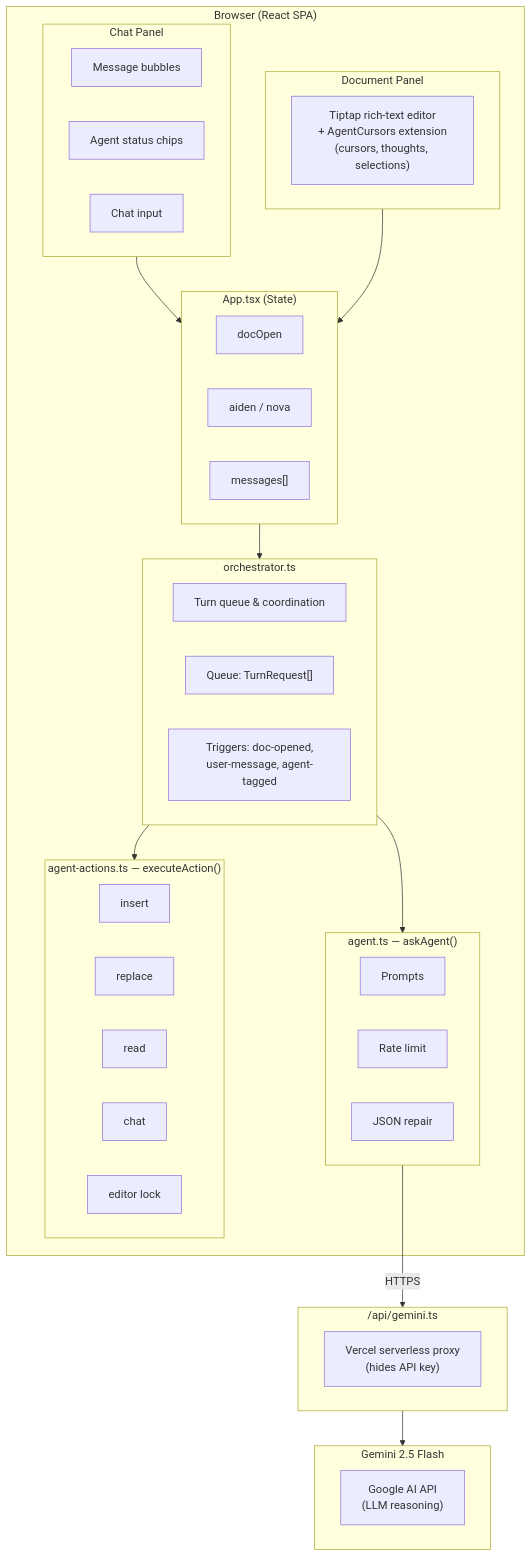
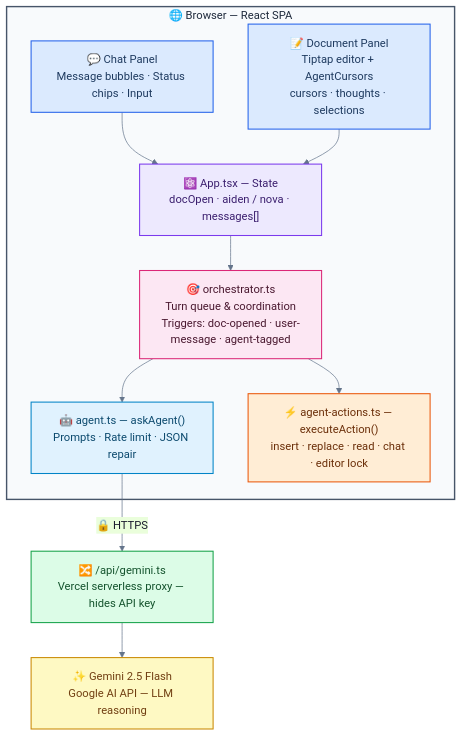
The first of 5 diagrams in README.md (n3wth/collab), drawn with Mermaid before and after one commit. The commit also changed other lines of this file and 5 other files, not shown here.

Commit message:
Beautify Mermaid diagrams with custom themes, colors, emojis, and activations

````diff
--- a/README.md
+++ b/README.md
@@ -49,59 +49,46 @@
 ```mermaid
+%%{init: {'theme': 'base', 'themeVariables': { 'primaryColor': '#dbeafe', 'primaryTextColor': '#1a1a2e', 'primaryBorderColor': '#2563eb', 'lineColor': '#64748b' }}}%%
 graph TD
-    subgraph Browser["Browser (React SPA)"]
-        subgraph ChatPanel["Chat Panel"]
-            CP1["Message bubbles"]
-            CP2["Agent status chips"]
-            CP3["Chat input"]
-        end
+    subgraph Browser["🌐 Browser — React SPA"]
+        CP["💬 Chat Panel<br/>Message bubbles · Status chips · Input"]
+        DP["📝 Document Panel<br/>Tiptap editor + AgentCursors<br/>cursors · thoughts · selections"]
 
-        subgraph DocPanel["Document Panel"]
-            DP1["Tiptap rich-text editor<br/>+ AgentCursors extension<br/>(cursors, thoughts, selections)"]
-        end
+        CP & DP --> App
 
-        ChatPanel & DocPanel --> AppState
+        App["⚛️ App.tsx — State<br/>docOpen · aiden / nova · messages#91;#93;"]
 
-        subgraph AppState["App.tsx (State)"]
-            S1["docOpen"]
-            S2["aiden / nova"]
-            S3["messages[]"]
-        end
+        App --> Orch
 
-        AppState --> Orchestrator
+        Orch["🎯 orchestrator.ts<br/>Turn queue &amp; coordination<br/>Triggers: doc-opened · user-message · agent-tagged"]
 
-        subgraph Orchestrator["orchestrator.ts"]
-            O1["Turn queue & coordination"]
-            O2["Queue: TurnRequest[]"]
-            O3["Triggers: doc-opened,<br/>user-message, agent-tagged"]
-        end
+        Orch --> Agent
+        Orch --> Actions
 
-        Orchestrator --> Agent
-        Orchestrator --> Actions
-
-        subgraph Agent["agent.ts — askAgent()"]
-            A1["Prompts"]
-            A2["Rate limit"]
-            A3["JSON repair"]
-        end
-
-        subgraph Actions["agent-actions.ts — executeAction()"]
-            AC1["insert"]
-            AC2["replace"]
-            AC3["read"]
-            AC4["chat"]
-            AC5["editor lock"]
-        end
+        Agent["🤖 agent.ts — askAgent#40;#41;<br/>Prompts · Rate limit · JSON repair"]
+        Actions["⚡ agent-actions.ts — executeAction#40;#41;<br/>insert · replace · read · chat · editor lock"]
     end
 
-    Agent -->|HTTPS| Proxy
-
-    subgraph Proxy["/api/gemini.ts"]
-        PX1["Vercel serverless proxy<br/>(hides API key)"]
-    end
-
+    Agent -- "🔒 HTTPS" --> Proxy
     Proxy --> Gemini
 
-    subgraph Gemini["Gemini 2.5 Flash"]
-        G1["Google AI API<br/>(LLM reasoning)"]
-    end
+    Proxy["🔀 /api/gemini.ts<br/>Vercel serverless proxy — hides API key"]
+    Gemini["✨ Gemini 2.5 Flash<br/>Google AI API — LLM reasoning"]
+
+    classDef ui fill:#dbeafe,stroke:#2563eb,stroke-width:1.5px,color:#1e3a5f
+    classDef state fill:#ede9fe,stroke:#7c3aed,stroke-width:1.5px,color:#3b1f6e
+    classDef orch fill:#fce7f3,stroke:#db2777,stroke-width:1.5px,color:#4a1930
+    classDef agent fill:#e0f2fe,stroke:#0284c7,stroke-width:1.5px,color:#0c4a6e
+    classDef actions fill:#ffedd5,stroke:#ea580c,stroke-width:1.5px,color:#6b2f0a
+    classDef proxy fill:#dcfce7,stroke:#16a34a,stroke-width:1.5px,color:#14532d
+    classDef gemini fill:#fef9c3,stroke:#ca8a04,stroke-width:1.5px,color:#713f12
+
+    class CP,DP ui
+    class App state
+    class Orch orch
+    class Agent agent
+    class Actions actions
+    class Proxy proxy
+    class Gemini gemini
+
+    style Browser fill:#f8fafc,stroke:#475569,stroke-width:2px,color:#1e293b
 ```
````
